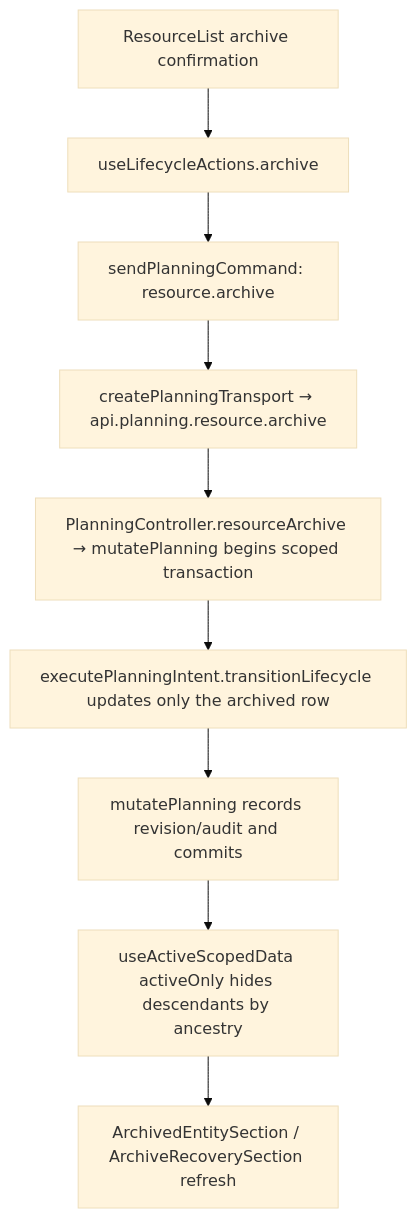
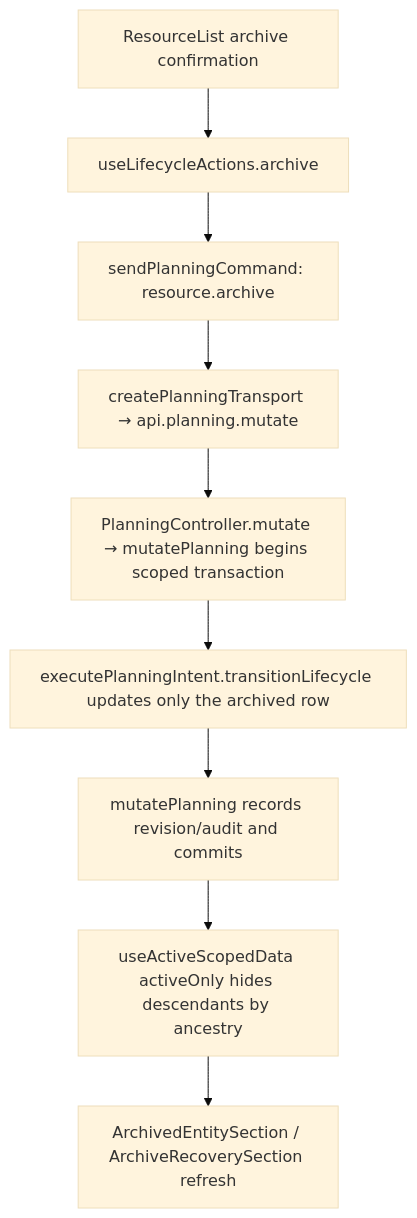
One commit to Kevinjohn/capacitylens changed the second of 2 diagrams in user-stories/resources/US-RES-04-archive-resource.md. Above: the diagram before and after it, drawn with Mermaid (base theme). The commit also changed 115 other files, not shown here.

````diff
--- a/user-stories/resources/US-RES-04-archive-resource.md
+++ b/user-stories/resources/US-RES-04-archive-resource.md
@@ -31,7 +31,7 @@
 ```mermaid
 flowchart TD
   A["ResourceList archive confirmation"] --> B["useLifecycleActions.archive"] --> C["sendPlanningCommand: resource.archive"]
-  C --> D["createPlanningTransport → api.planning.resource.archive"] --> E["PlanningController.resourceArchive → mutatePlanning begins scoped transaction"]
+  C --> D["createPlanningTransport → api.planning.mutate"] --> E["PlanningController.mutate → mutatePlanning begins scoped transaction"]
   E --> F["executePlanningIntent.transitionLifecycle updates only the archived row"] --> K["mutatePlanning records revision/audit and commits"] --> F2["useActiveScopedData activeOnly hides descendants by ancestry"]
   F2 --> H["ArchivedEntitySection / ArchiveRecoverySection refresh"]
 ```
````
